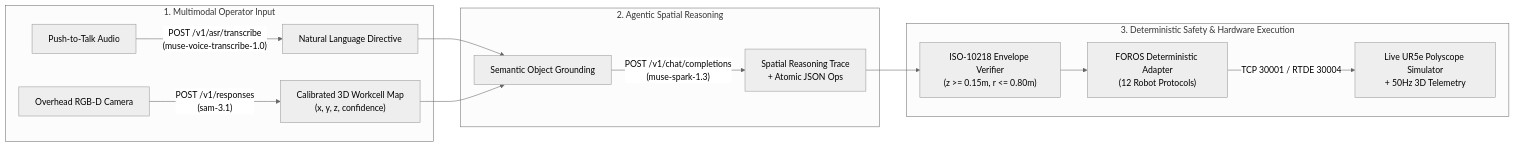
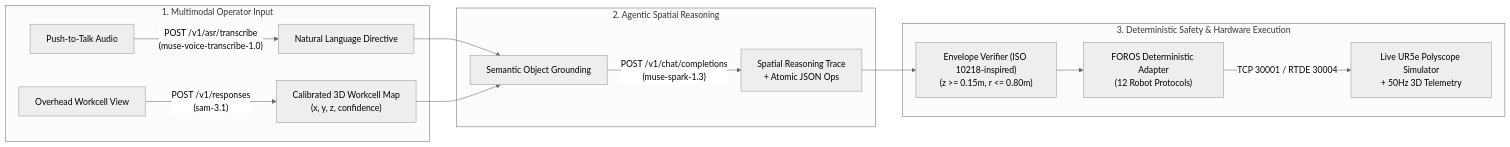
One commit to Volgat/foros-meta-hackathon changed the diagram in README.md. Above: the diagram before and after it, drawn with Mermaid (neutral theme). The commit also changed other lines of this file and 4 other files, not shown here.

````diff
--- a/README.md
+++ b/README.md
@@ -48,19 +48,19 @@
 ```mermaid
 flowchart LR
     subgraph Input["1. Multimodal Operator Input"]
         Mic["Push-to-Talk Audio"] -->|"POST /v1/asr/transcribe\n(muse-voice-transcribe-1.0)"| Prompt["Natural Language Directive"]
-        Cam["Overhead RGB-D Camera"] -->|"POST /v1/responses\n(sam-3.1)"| Seg["Calibrated 3D Workcell Map\n(x, y, z, confidence)"]
+        Cam["Overhead Workcell View"] -->|"POST /v1/responses\n(sam-3.1)"| Seg["Calibrated 3D Workcell Map\n(x, y, z, confidence)"]
     end
 
     subgraph Reasoning["2. Agentic Spatial Reasoning"]
         Prompt --> Ground["Semantic Object Grounding"]
         Seg --> Ground
         Ground -->|"POST /v1/chat/completions\n(muse-spark-1.3)"| Plan["Spatial Reasoning Trace\n+ Atomic JSON Ops"]
     end
 
     subgraph Execution["3. Deterministic Safety & Hardware Execution"]
-        Plan --> Clamp["ISO-10218 Envelope Verifier\n(z >= 0.15m, r <= 0.80m)"]
+        Plan --> Clamp["Envelope Verifier (ISO 10218-inspired)\n(z >= 0.15m, r <= 0.80m)"]
         Clamp --> Compiler["FOROS Deterministic Adapter\n(12 Robot Protocols)"]
         Compiler -->|"TCP 30001 / RTDE 30004"| URSim["Live UR5e Polyscope Simulator\n+ 50Hz 3D Telemetry"]
     end
 ```
````
